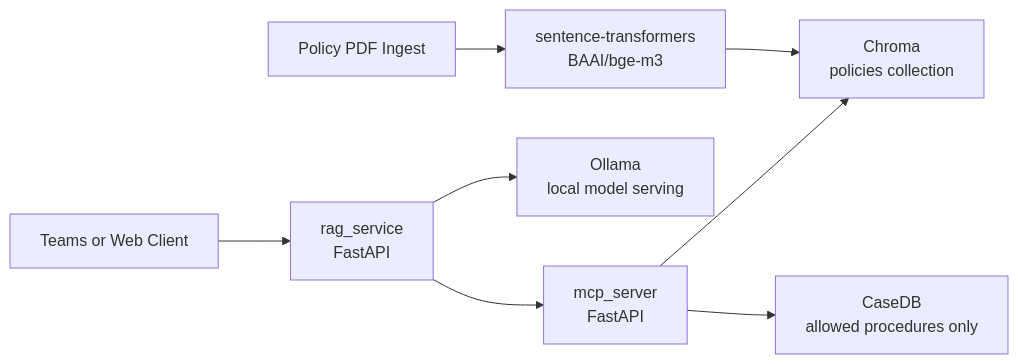
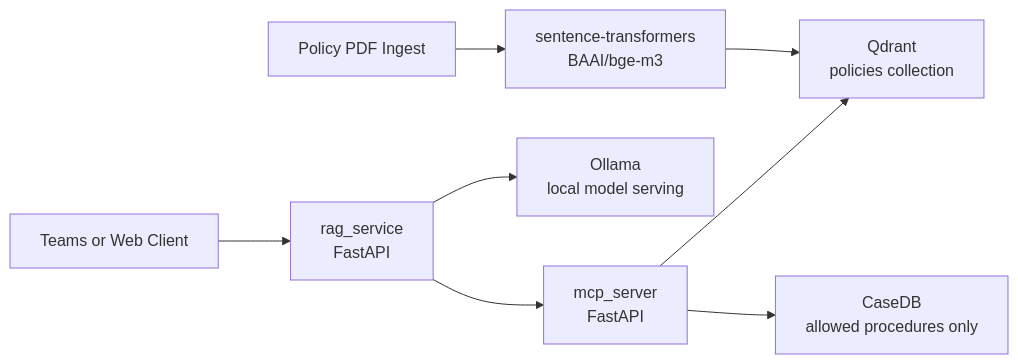
The diagram in README.md (nprasann/state-policy-rag-starter), drawn with Mermaid before and after one commit. The commit also changed other lines of this file and 20 other files, not shown here.

````diff
--- a/README.md
+++ b/README.md
@@ -242,10 +252,10 @@
 ```mermaid
 flowchart LR
     A["Teams or Web Client"] --> B["rag_service<br/>FastAPI"]
     B --> C["mcp_server<br/>FastAPI"]
-    C --> D["Chroma<br/>policies collection"]
+    C --> D["Qdrant<br/>policies collection"]
     C --> E["CaseDB<br/>allowed procedures only"]
     B --> F["Ollama<br/>local model serving"]
     G["Policy PDF Ingest"] --> H["sentence-transformers<br/>BAAI/bge-m3"]
     H --> D
 ```
````
